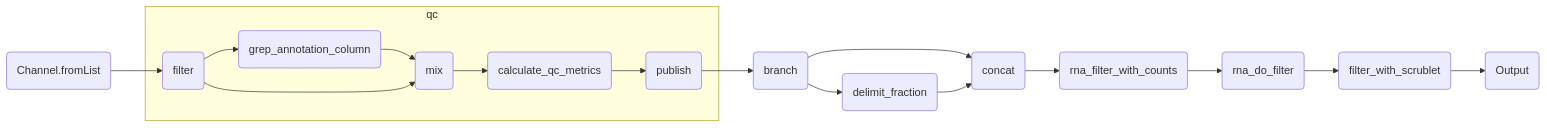
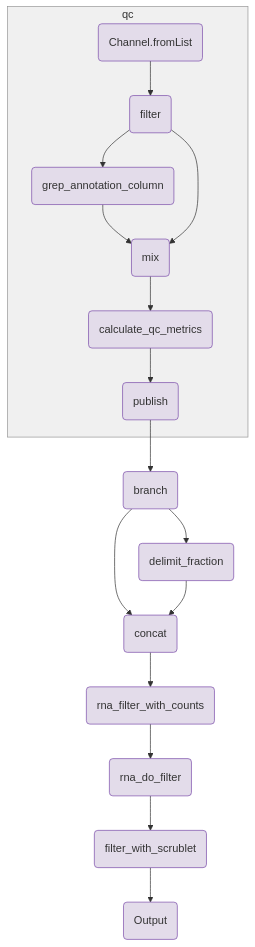
One commit to openpipelines-bio/website changed the diagram in components/workflows/rna/rna_singlesample.qmd. Above: the diagram before and after it, drawn with Mermaid. The commit also changed 21 other files, not shown here.

````diff
--- a/components/workflows/rna/rna_singlesample.qmd
+++ b/components/workflows/rna/rna_singlesample.qmd
@@ -135,34 +135,47 @@
 ```{mermaid}
-%%| column: screen-inset-shaded
-flowchart LR
-    v0(Channel.fromList)
+flowchart TB
     v97(branch)
     v113(concat)
     v102(delimit_fraction)
     v122(rna_filter_with_counts)
     v142(rna_do_filter)
     v162(filter_with_scrublet)
     v189(Output)
-    subgraph qc
+    subgraph group_qc [qc]
+        v0(Channel.fromList)
         v11(filter)
         v29(grep_annotation_column)
         v42(mix)
         v51(calculate_qc_metrics)
         v71(publish)
     end
     v97-->v113
     v97-->v102
     v0-->v11
     v11-->v29
     v29-->v42
     v11-->v42
     v42-->v51
     v51-->v71
     v71-->v97
     v102-->v113
     v113-->v122
     v122-->v142
     v142-->v162
     v162-->v189
+    style group_qc fill:#F0F0F0,stroke:#969696;
+    style v0 fill:#e3dcea,stroke:#7a4baa;
+    style v11 fill:#e3dcea,stroke:#7a4baa;
+    style v29 fill:#e3dcea,stroke:#7a4baa;
+    style v42 fill:#e3dcea,stroke:#7a4baa;
+    style v51 fill:#e3dcea,stroke:#7a4baa;
+    style v71 fill:#e3dcea,stroke:#7a4baa;
+    style v97 fill:#e3dcea,stroke:#7a4baa;
+    style v113 fill:#e3dcea,stroke:#7a4baa;
+    style v102 fill:#e3dcea,stroke:#7a4baa;
+    style v122 fill:#e3dcea,stroke:#7a4baa;
+    style v142 fill:#e3dcea,stroke:#7a4baa;
+    style v162 fill:#e3dcea,stroke:#7a4baa;
+    style v189 fill:#e3dcea,stroke:#7a4baa;
 
 ```
````
